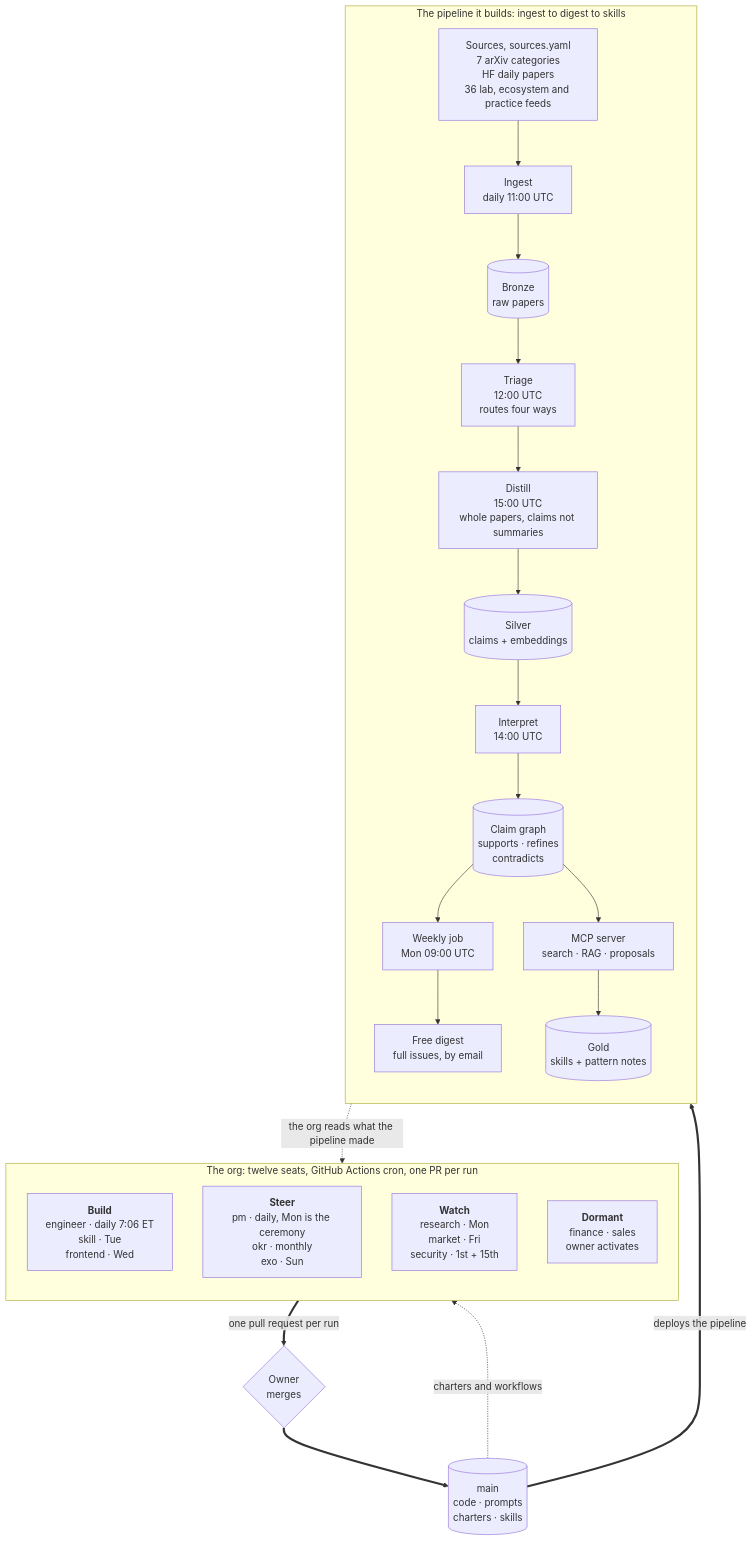
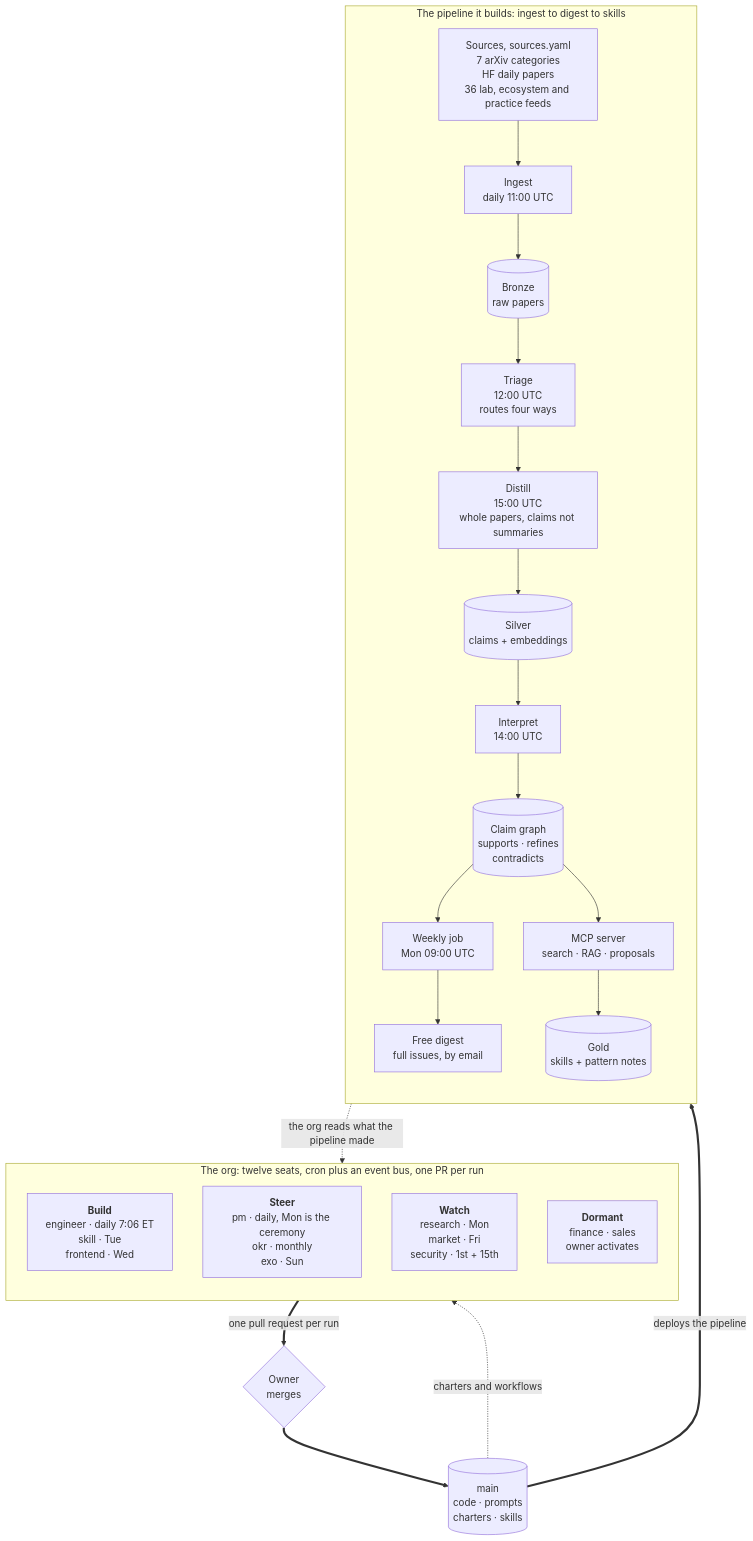
Before and after one commit to alexandrapaiz/alexandria: the first of 2 diagrams in README.md, drawn with Mermaid. The commit also changed other lines of this file, not shown here.

Commit message:
README: the third mode the org runs in, the merge gate that partly opened, and a diagram that said cron only

````diff
--- a/README.md
+++ b/README.md
@@ -34,36 +34,36 @@
 ```mermaid
 flowchart TB
-    subgraph ORG["The org: twelve seats, GitHub Actions cron, one PR per run"]
+    subgraph ORG["The org: twelve seats, cron plus an event bus, one PR per run"]
         direction TB
         BUILD["<b>Build</b><br/>engineer · daily 7:06 ET<br/>skill · Tue<br/>frontend · Wed"]
         STEER["<b>Steer</b><br/>pm · daily, Mon is the ceremony<br/>okr · monthly<br/>exo · Sun"]
         WATCH["<b>Watch</b><br/>research · Mon<br/>market · Fri<br/>security · 1st + 15th"]
         DORM["<b>Dormant</b><br/>finance · sales<br/>owner activates"]
     end
 
     subgraph PIPE["The pipeline it builds: ingest to digest to skills"]
         direction TB
         SRC["Sources, sources.yaml<br/>7 arXiv categories<br/>HF daily papers<br/>36 lab, ecosystem and practice feeds"]
         ING["Ingest<br/>daily 11:00 UTC"]
         BR[("Bronze<br/>raw papers")]
         TRI["Triage<br/>12:00 UTC<br/>routes four ways"]
         DIS["Distill<br/>15:00 UTC<br/>whole papers, claims not summaries"]
         SIL[("Silver<br/>claims + embeddings")]
         INT["Interpret<br/>14:00 UTC"]
         GR[("Claim graph<br/>supports · refines<br/>contradicts")]
         WK["Weekly job<br/>Mon 09:00 UTC"]
         DIGEST["Free digest<br/>full issues, by email"]
         MCP["MCP server<br/>search · RAG · proposals"]
         GOLD[("Gold<br/>skills + pattern notes")]
 
         SRC --> ING --> BR --> TRI --> DIS --> SIL --> INT --> GR
         GR --> WK --> DIGEST
         GR --> MCP --> GOLD
     end
 
     ORG ==>|"one pull request per run"| GATE{"Owner<br/>merges"}
     GATE ==> MAIN[("main<br/>code · prompts<br/>charters · skills")]
     MAIN ==>|"deploys the pipeline"| PIPE
     MAIN -.->|"charters and workflows"| ORG
     PIPE -.->|"the org reads what the pipeline made"| ORG
 ```
````
